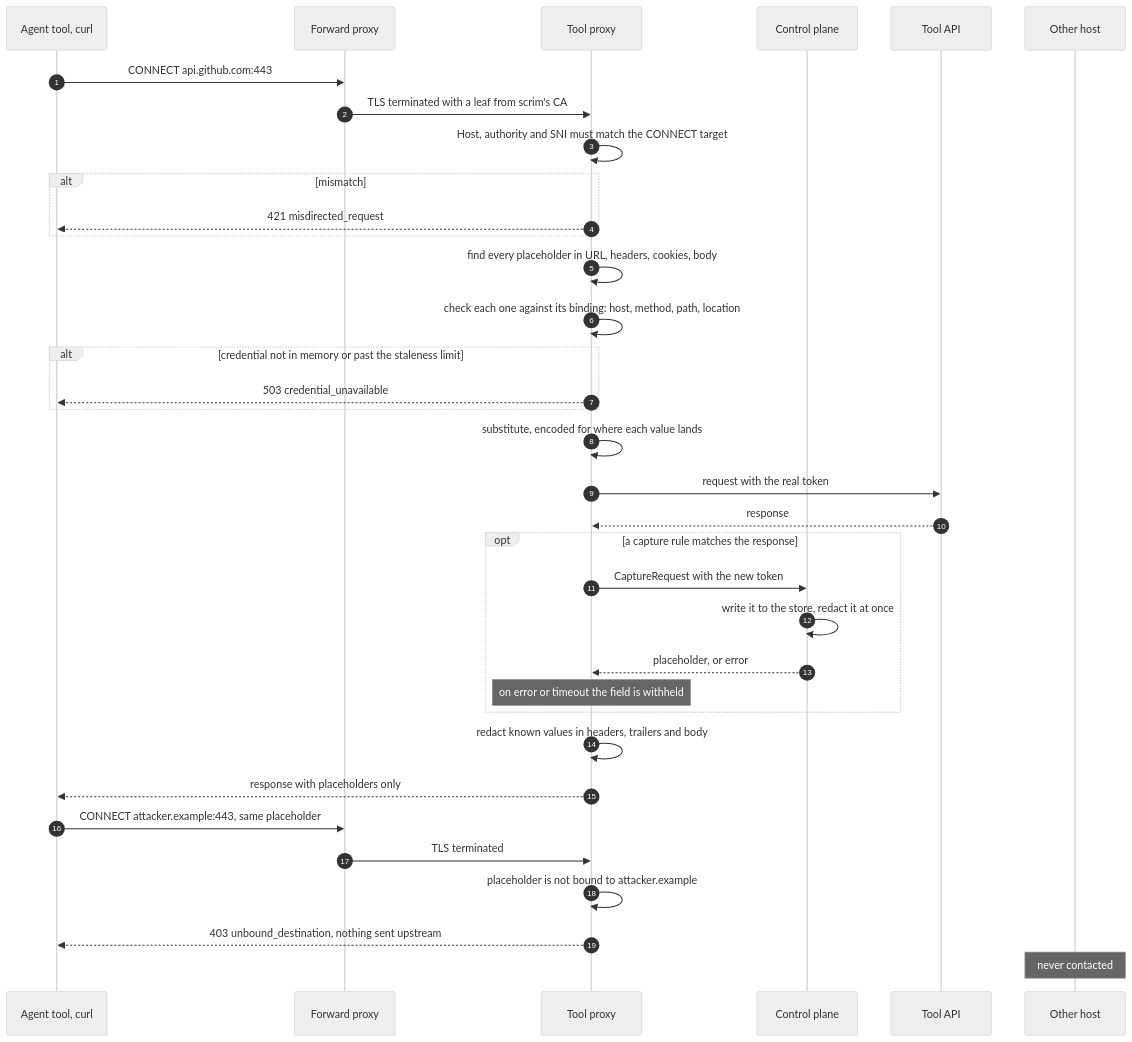
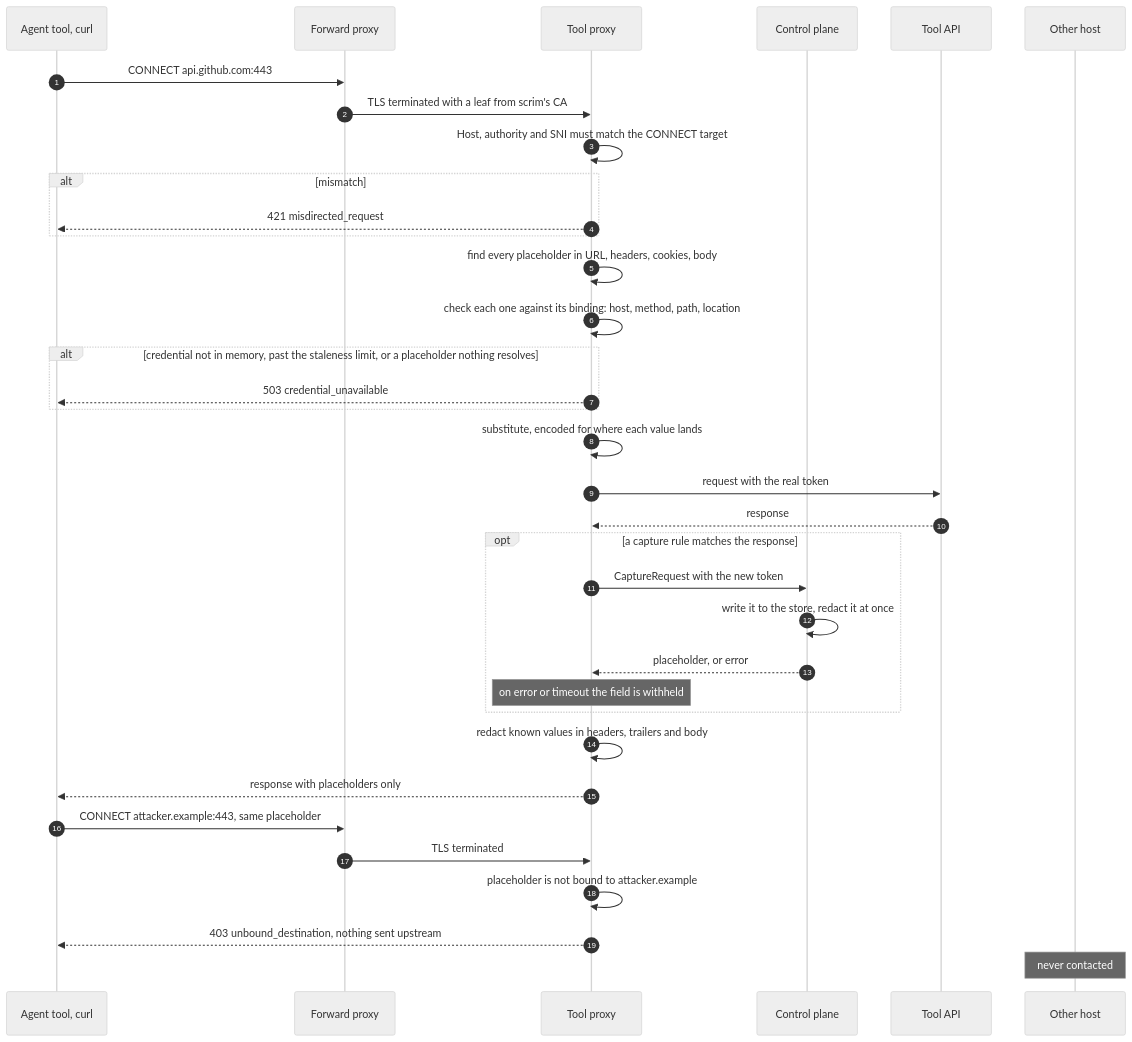
One commit to Heliopsy/scrim changed the fourth of 8 diagrams in docs/architecture.md. Above: the diagram before and after it, drawn with Mermaid (neutral theme). The commit also changed 18 other files, not shown here.

````diff
--- a/docs/architecture.md
+++ b/docs/architecture.md
@@ -214,39 +214,39 @@
 ```mermaid
 sequenceDiagram
   autonumber
   participant A as Agent tool, curl
   participant F as Forward proxy
   participant X as Tool proxy
   participant D as Control plane
   participant U as Tool API
   participant O as Other host
 
   A->>F: CONNECT api.github.com:443
   F->>X: TLS terminated with a leaf from scrim's CA
   X->>X: Host, authority and SNI must match the CONNECT target
   alt mismatch
     X-->>A: 421 misdirected_request
   end
   X->>X: find every placeholder in URL, headers, cookies, body
   X->>X: check each one against its binding: host, method, path, location
-  alt credential not in memory or past the staleness limit
+  alt credential not in memory, past the staleness limit, or a placeholder nothing resolves
     X-->>A: 503 credential_unavailable
   end
   X->>X: substitute, encoded for where each value lands
   X->>U: request with the real token
   U-->>X: response
   opt a capture rule matches the response
     X->>D: CaptureRequest with the new token
     D->>D: write it to the store, redact it at once
     D-->>X: placeholder, or error
     Note over X: on error or timeout the field is withheld
   end
   X->>X: redact known values in headers, trailers and body
   X-->>A: response with placeholders only
 
   A->>F: CONNECT attacker.example:443, same placeholder
   F->>X: TLS terminated
   X->>X: placeholder is not bound to attacker.example
   X-->>A: 403 unbound_destination, nothing sent upstream
   Note over O: never contacted
 ```
````
